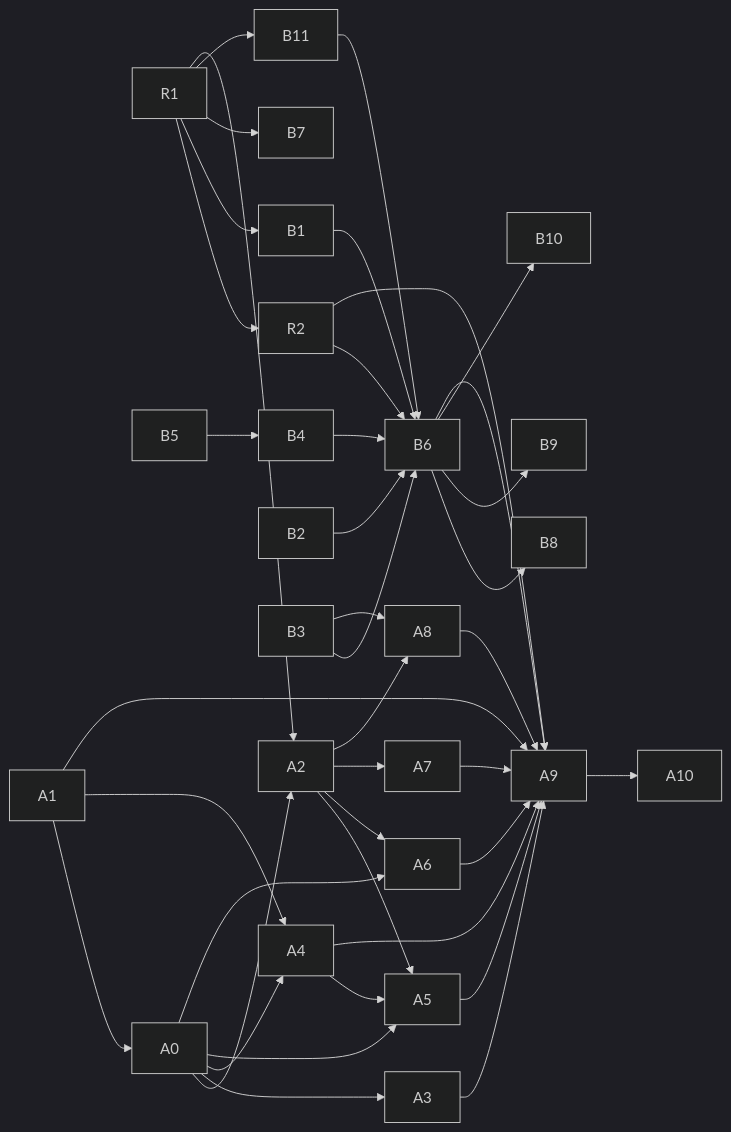
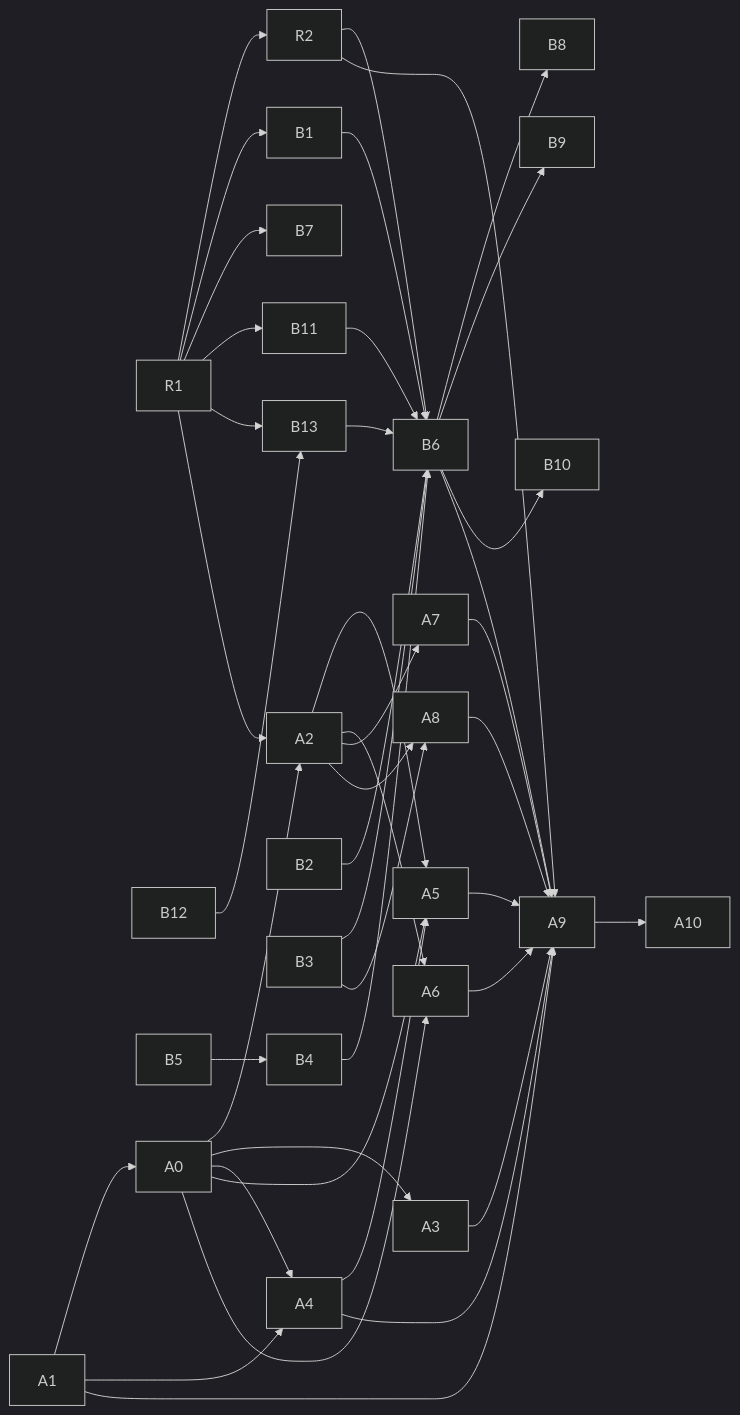
The diagram in docs/tasks/947-remote-drivers-boxd-and-archil.md (discobox-ai/discobox), drawn with Mermaid (dark theme) before and after one commit. The commit also changed other lines of this file, not shown here.

````diff
--- a/docs/tasks/947-remote-drivers-boxd-and-archil.md
+++ b/docs/tasks/947-remote-drivers-boxd-and-archil.md
@@ -171,41 +174,44 @@
 ```mermaid
 graph LR
   R1 --> R2
   R1 --> B1
   R1 --> B7
   R1 --> B11
+  R1 --> B13
+  B12 --> B13
+  B13 --> B6
   R1 --> A2
   R2 --> B6
   R2 --> A9
   B1 --> B6
   B2 --> B6
   B3 --> B6
   B4 --> B6
   B5 --> B4
   B11 --> B6
   B6 --> B8
   B6 --> B9
   B6 --> B10
   B6 --> A9
   B3 --> A8
   A1 --> A0
   A0 --> A2
   A0 --> A3
   A0 --> A4
   A0 --> A5
   A0 --> A6
   A1 --> A4
   A1 --> A9
   A2 --> A5
   A2 --> A6
   A2 --> A7
   A2 --> A8
   A4 --> A5
   A3 --> A9
   A4 --> A9
   A5 --> A9
   A6 --> A9
   A7 --> A9
   A8 --> A9
   A9 --> A10
 ```
````
